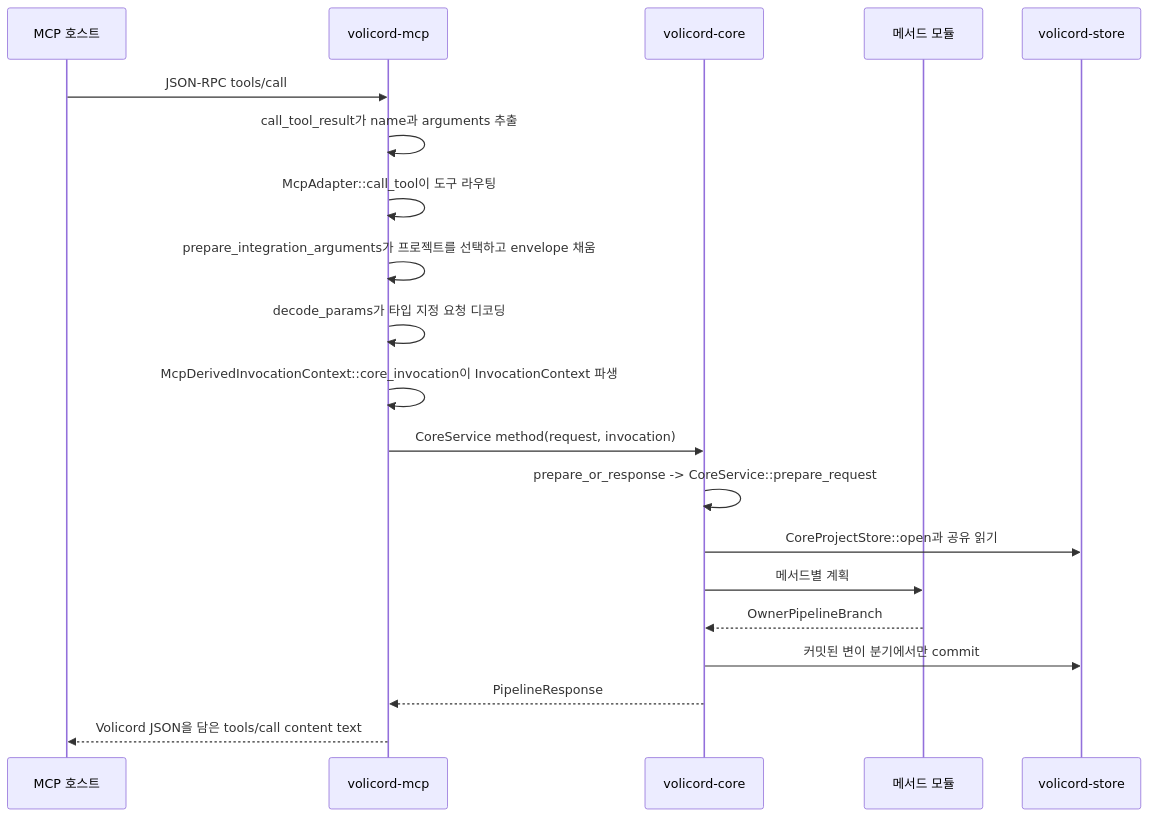
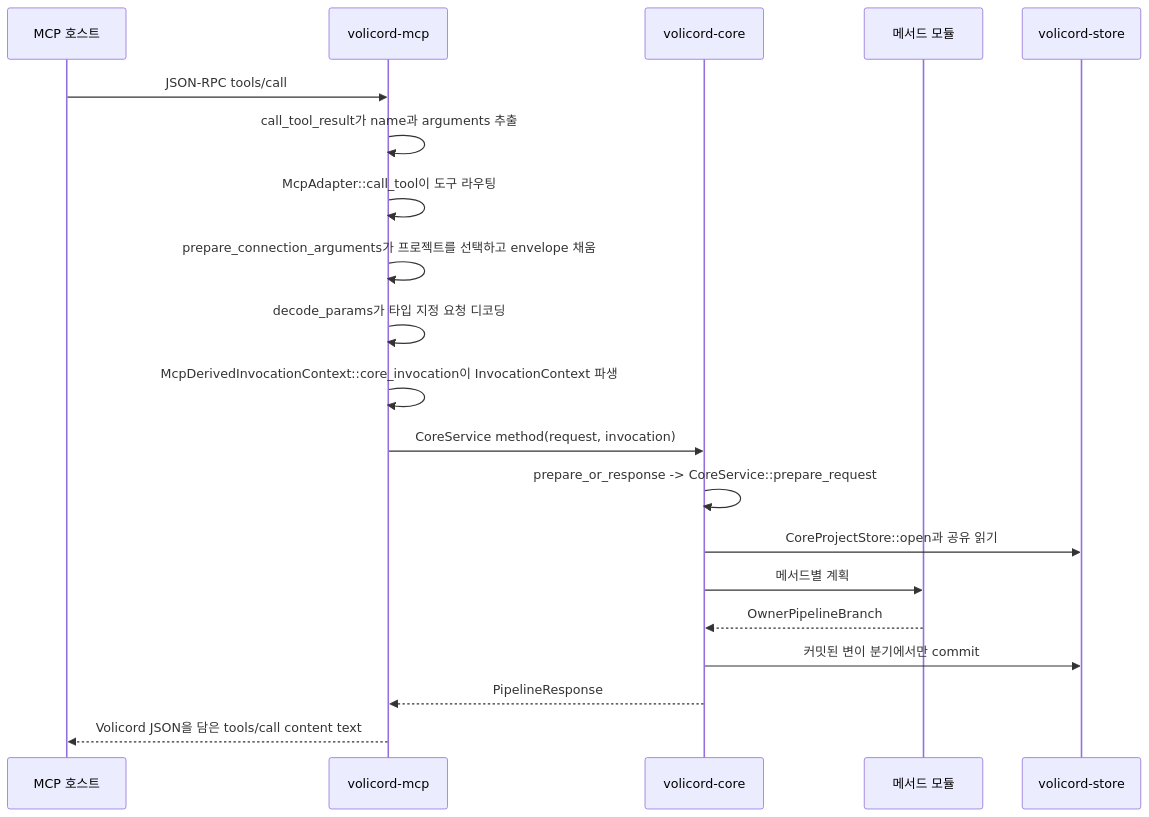
One commit to minjungw00/Harness_Project changed the diagram in docs/ko/development/request-lifecycle.md. Above: the diagram before and after it, drawn with Mermaid. The commit also changed other lines of this file and 127 other files, not shown here.

````diff
--- a/docs/ko/development/request-lifecycle.md
+++ b/docs/ko/development/request-lifecycle.md
@@ -16,23 +16,23 @@
 ```mermaid
 sequenceDiagram
   participant Host as MCP 호스트
   participant MCP as volicord-mcp
   participant Core as volicord-core
   participant Method as 메서드 모듈
   participant Store as volicord-store
 
   Host->>MCP: JSON-RPC tools/call
   MCP->>MCP: call_tool_result가 name과 arguments 추출
   MCP->>MCP: McpAdapter::call_tool이 도구 라우팅
-  MCP->>MCP: prepare_integration_arguments가 프로젝트를 선택하고 envelope 채움
+  MCP->>MCP: prepare_connection_arguments가 프로젝트를 선택하고 envelope 채움
   MCP->>MCP: decode_params가 타입 지정 요청 디코딩
   MCP->>MCP: McpDerivedInvocationContext::core_invocation이 InvocationContext 파생
   MCP->>Core: CoreService method(request, invocation)
   Core->>Core: prepare_or_response -> CoreService::prepare_request
   Core->>Store: CoreProjectStore::open과 공유 읽기
   Core->>Method: 메서드별 계획
   Method-->>Core: OwnerPipelineBranch
   Core->>Store: 커밋된 변이 분기에서만 commit
   Core-->>MCP: PipelineResponse
   MCP-->>Host: Volicord JSON을 담은 tools/call content text
 ```
````
